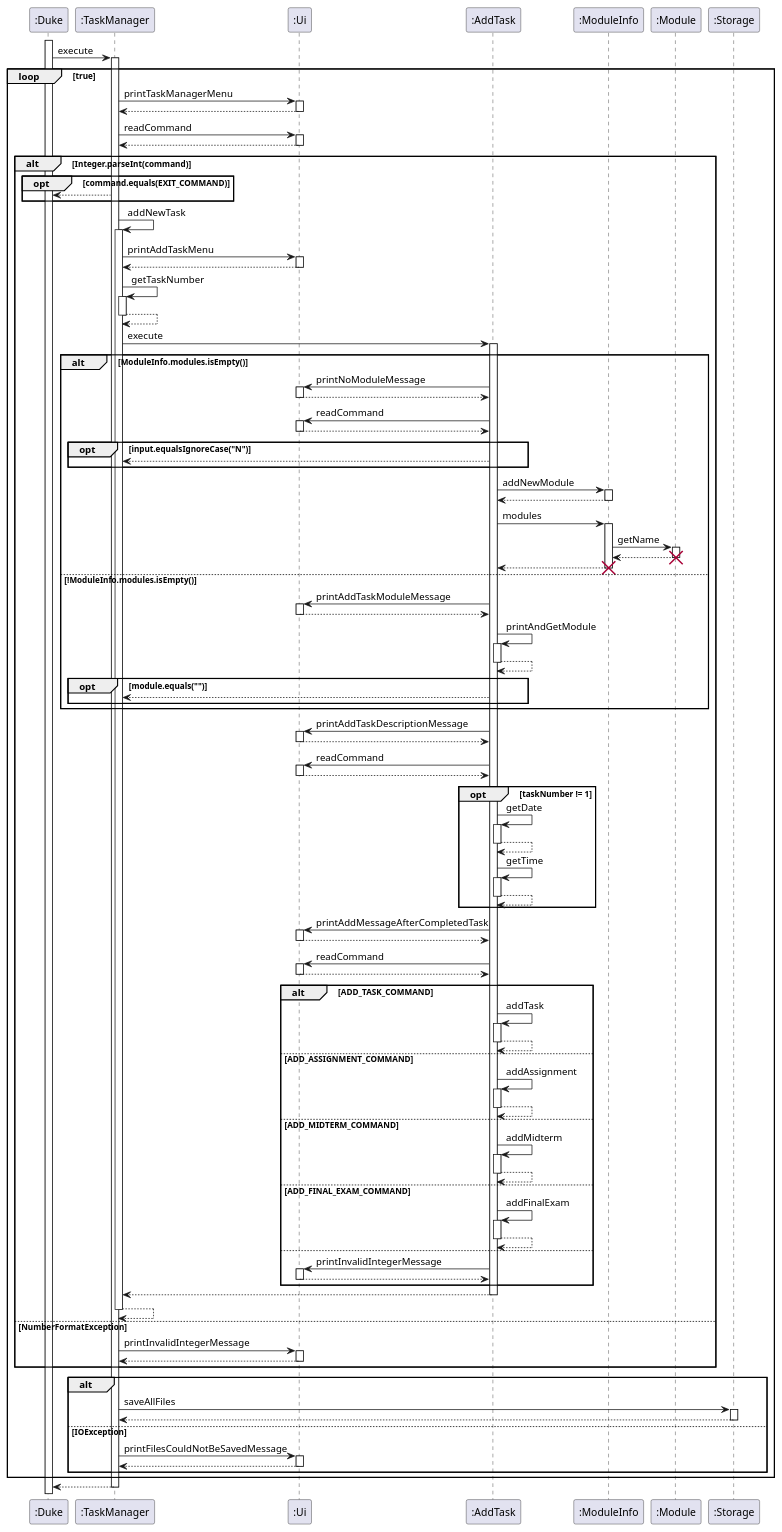
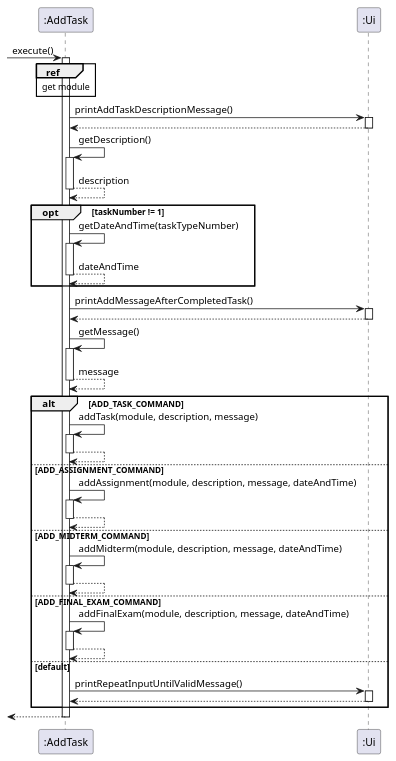
Before and after one commit to nus-cs2113-AY2021S2/tp: the diagram in docs/diagrams/tasks/addNewTask.puml, drawn with PlantUML. The commit also changed 37 other files, not shown here.

```diff
--- a/docs/diagrams/tasks/addNewTask.puml
+++ b/docs/diagrams/tasks/addNewTask.puml
@@ -1,105 +1,42 @@
 @startuml
 
-activate ":Duke"
-":Duke" -> ":TaskManager"++ : execute
 
-loop true
+-> ":AddTask" : execute()
+activate ":AddTask"
+ref over ":AddTask" : get module
 
-":TaskManager" -> ":Ui"++ : printTaskManagerMenu
+":AddTask" -> ":Ui"++ : printAddTaskDescriptionMessage()
 return
-":TaskManager" -> ":Ui"++ : readCommand
+":AddTask" -> ":AddTask"++ : getDescription()
+return description
+
+opt taskNumber != 1
+":AddTask" -> ":AddTask"++ : getDateAndTime(taskTypeNumber)
+return dateAndTime
+end
+
+":AddTask" -> ":Ui"++ : printAddMessageAfterCompletedTask()
 return
+":AddTask" -> ":AddTask"++ : getMessage()
+return message
 
-alt Integer.parseInt(command)
-    opt command.equals(EXIT_COMMAND)
-    ":TaskManager" --> ":Duke"
-    end
-
-":TaskManager" -> ":TaskManager"++ : addNewTask
-":TaskManager" -> ":Ui"++ : printAddTaskMenu
+alt ADD_TASK_COMMAND
+":AddTask" -> ":AddTask"++ : addTask(module, description, message)
 return
-":TaskManager" -> ":TaskManager"++ : getTaskNumber
+else ADD_ASSIGNMENT_COMMAND
+":AddTask" -> ":AddTask"++ : addAssignment(module, description, message, dateAndTime)
 return
-":TaskManager" -> ":AddTask"++ : execute
-
-    alt ModuleInfo.modules.isEmpty()
-    ":AddTask" -> ":Ui"++ : printNoModuleMessage
-    return
-    ":AddTask" -> ":Ui"++ : readCommand
-    return
-        opt input.equalsIgnoreCase("N")
-        ":AddTask" --> ":TaskManager"
-        end
-    ":AddTask" -> ":ModuleInfo"++ : addNewModule
-    return
-    ":AddTask" -> ":ModuleInfo"++ : modules
-    ":ModuleInfo" -> ":Module"++ : getName
-    return
-    destroy ":Module"
-    return
-    destroy ":ModuleInfo"
-
-    else !ModuleInfo.modules.isEmpty()
-    ":AddTask" -> ":Ui"++ : printAddTaskModuleMessage
-    return
-    ":AddTask" -> ":AddTask"++ : printAndGetModule
-    return
-        opt module.equals("")
-        ":AddTask" --> ":TaskManager"
-        end
-    end
-
-    ":AddTask" -> ":Ui"++ : printAddTaskDescriptionMessage
-    return
-    ":AddTask" -> ":Ui"++ : readCommand
-    return
-
-    opt taskNumber != 1
-    ":AddTask" -> ":AddTask"++ : getDate
-    return
-    ":AddTask" -> ":AddTask"++ : getTime
-    return
-    end
-
-    ":AddTask" -> ":Ui"++ : printAddMessageAfterCompletedTask
-    return
-    ":AddTask" -> ":Ui"++ : readCommand
-    return
-
-    alt ADD_TASK_COMMAND
-    ":AddTask" -> ":AddTask"++ : addTask
-    return
-    else ADD_ASSIGNMENT_COMMAND
-    ":AddTask" -> ":AddTask"++ : addAssignment
-    return
-    else ADD_MIDTERM_COMMAND
-    ":AddTask" -> ":AddTask"++ : addMidterm
-    return
-    else ADD_FINAL_EXAM_COMMAND
-    ":AddTask" -> ":AddTask"++ : addFinalExam
-    return
-    else
-    ":AddTask" -> ":Ui"++ : printInvalidIntegerMessage
-    return
-    end
-
-    return
-    return
-
-else NumberFormatException
-":TaskManager" -> ":Ui"++ : printInvalidIntegerMessage
+else ADD_MIDTERM_COMMAND
+":AddTask" -> ":AddTask"++ : addMidterm(module, description, message, dateAndTime)
+return
+else ADD_FINAL_EXAM_COMMAND
+":AddTask" -> ":AddTask"++ : addFinalExam(module, description, message, dateAndTime)
+return
+else default
+":AddTask" -> ":Ui"++ : printRepeatInputUntilValidMessage()
 return
 end
 
-alt
-":TaskManager" -> ":Storage"++ : saveAllFiles
-return
-else IOException
-":TaskManager" -> ":Ui"++ : printFilesCouldNotBeSavedMessage
-return
-end
-
-end
 return
 
 @enduml
```
